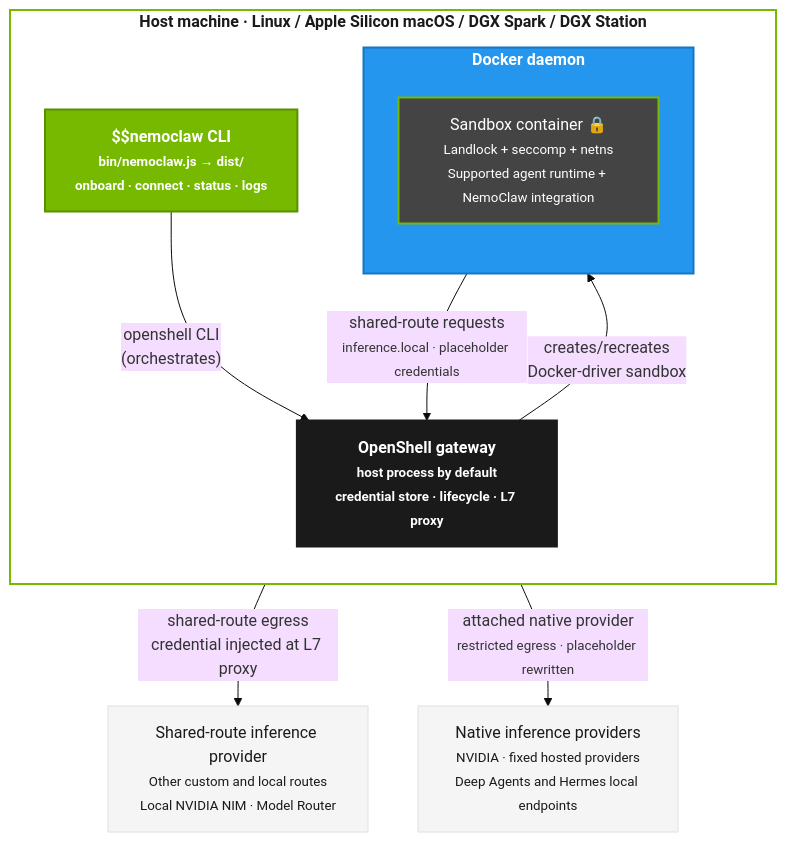
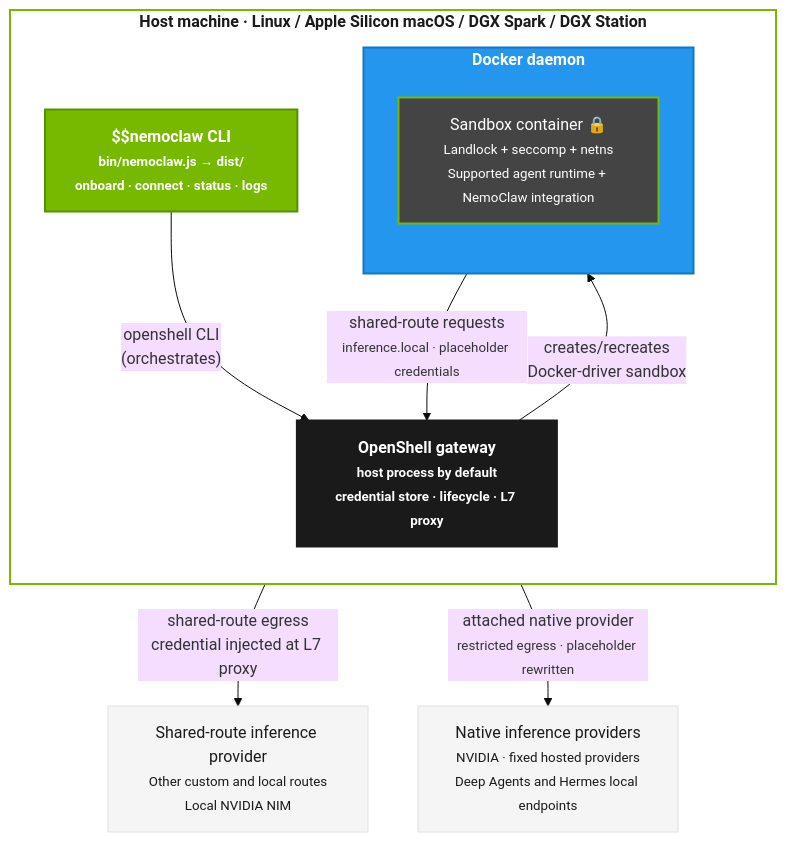
One commit to quanticsoul4772/NemoClaw changed the second of 3 diagrams in docs/reference/architecture.mdx. Above: the diagram before and after it, drawn with Mermaid (base theme). The commit also changed other lines of this file and 164 other files, not shown here.

````diff
--- a/docs/reference/architecture.mdx
+++ b/docs/reference/architecture.mdx
@@ -158,34 +158,34 @@
 ```mermaid
 graph TB
     classDef host fill:#fff,stroke:#76b900,stroke-width:2px,color:#1a1a1a,font-weight:bold
     classDef cli fill:#76b900,stroke:#5a8f00,color:#fff,stroke-width:2px,font-weight:bold
     classDef docker fill:#2496ed,stroke:#1577c2,color:#fff,stroke-width:2px,font-weight:bold
     classDef gateway fill:#1a1a1a,stroke:#1a1a1a,color:#fff,stroke-width:2px,font-weight:bold
     classDef sandbox fill:#444,stroke:#76b900,color:#fff,stroke-width:2px
     classDef external fill:#f5f5f5,stroke:#e0e0e0,color:#1a1a1a,stroke-width:1px
 
     subgraph HOST["Host machine · Linux / Apple Silicon macOS / DGX Spark / DGX Station"]
         direction TB
         CLI["$$nemoclaw CLI<br/><small>bin/nemoclaw.js → dist/<br/>onboard · connect · status · logs</small>"]:::cli
         GW["OpenShell gateway<br/><small>host process by default<br/>credential store · lifecycle · L7 proxy</small>"]:::gateway
 
         subgraph DOCKER["Docker daemon"]
             direction TB
             SANDBOX["Sandbox container 🔒<br/><small>Landlock + seccomp + netns<br/>Supported agent runtime + NemoClaw integration</small>"]:::sandbox
         end
     end
 
-    SHARED_INFER["Shared-route inference provider<br/><small>Other custom and local routes<br/>Local NVIDIA NIM · Model Router</small>"]:::external
+    SHARED_INFER["Shared-route inference provider<br/><small>Other custom and local routes<br/>Local NVIDIA NIM</small>"]:::external
     NVIDIA_INFER["Native inference providers<br/><small>NVIDIA · fixed hosted providers<br/>Deep Agents and Hermes local endpoints</small>"]:::external
 
     CLI -->|"openshell CLI<br/>(orchestrates)"| GW
     GW -->|"creates/recreates<br/>Docker-driver sandbox"| SANDBOX
     SANDBOX -->|"shared-route requests<br/><small>inference.local · placeholder credentials</small>"| GW
     GW -->|"shared-route egress<br/>credential injected at L7 proxy"| SHARED_INFER
     SANDBOX -->|"attached native provider<br/><small>restricted egress · placeholder rewritten</small>"| NVIDIA_INFER
 
     class HOST host
     class DOCKER docker
     class GW gateway
     class SANDBOX sandbox
 ```
````
